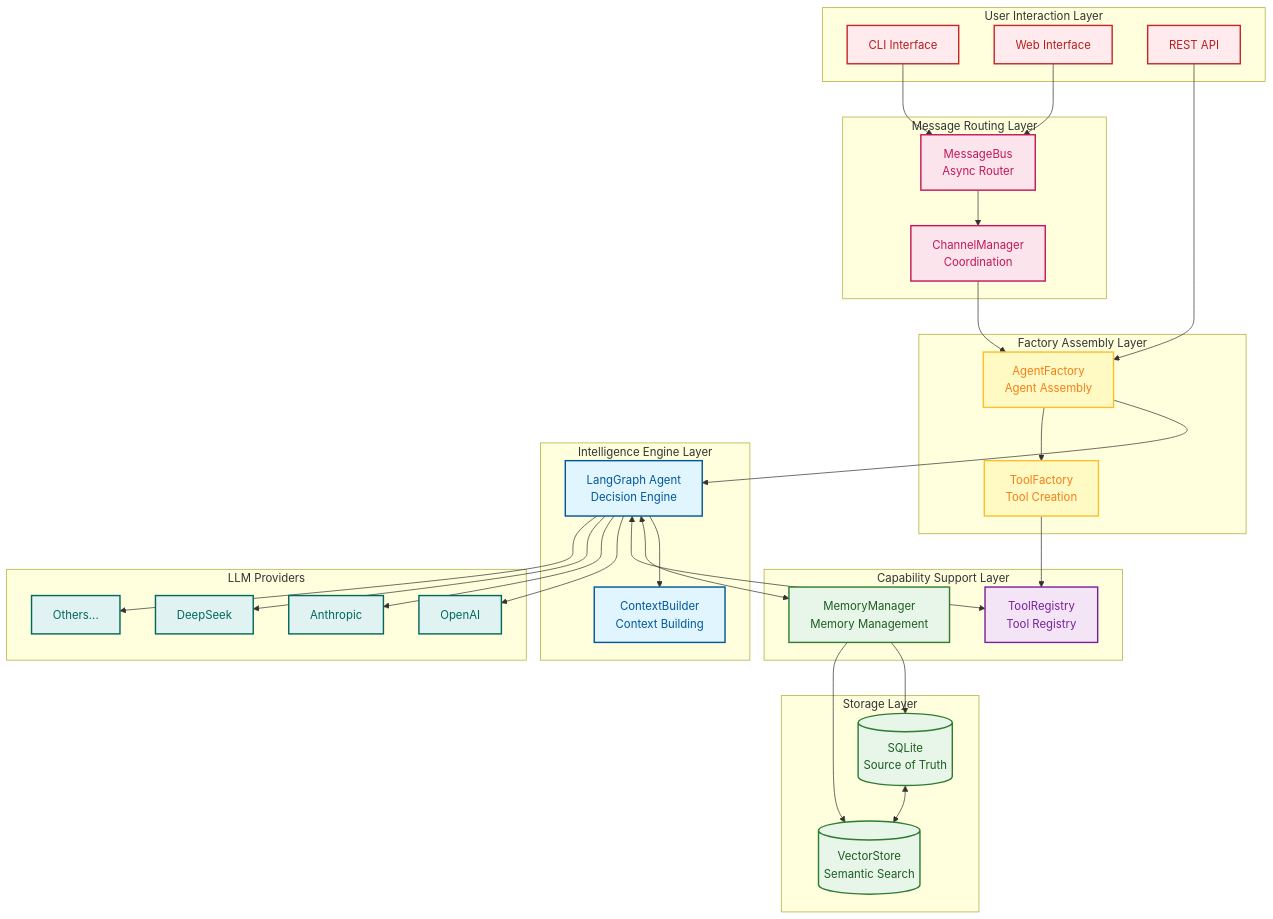
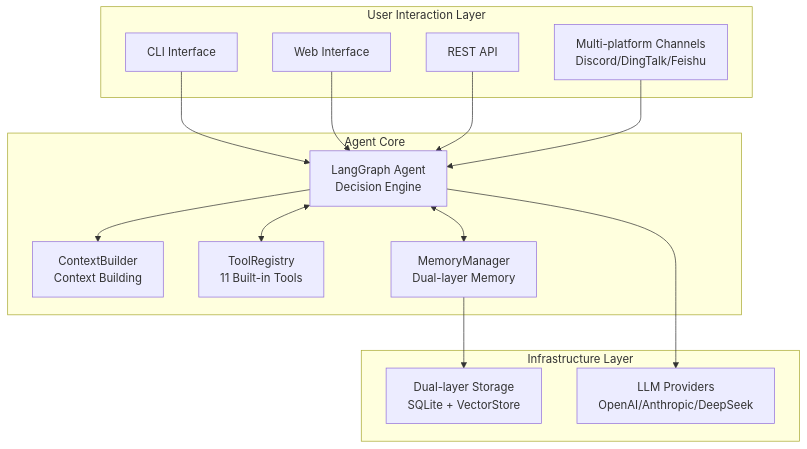
The second of 8 diagrams in README.md (xt765/FinchBot), drawn with Mermaid before and after one commit. The commit also changed 4 other files, not shown here.

First line of the commit message:
docs: 简化架构图为三层核心架构

````diff
--- a/README.md
+++ b/README.md
@@ -137,71 +137,33 @@
 ```mermaid
 graph TB
-    classDef userLayer fill:#ffebee,stroke:#c62828,stroke-width:2px,color:#b71c1c;
-    classDef channelLayer fill:#fce4ec,stroke:#c2185b,stroke-width:2px,color:#c2185b;
-    classDef factoryLayer fill:#fff9c4,stroke:#fbc02d,stroke-width:2px,color:#f57f17;
-    classDef coreLayer fill:#e1f5fe,stroke:#01579b,stroke-width:2px,color:#01579b;
-    classDef memoryLayer fill:#e8f5e9,stroke:#2e7d32,stroke-width:2px,color:#1b5e20;
-    classDef toolLayer fill:#f3e5f5,stroke:#7b1fa2,stroke-width:2px,color:#7b1fa2;
-    classDef infraLayer fill:#e0f2f1,stroke:#00695c,stroke-width:2px,color:#00695c;
-
-    subgraph Layer1 [User Interaction Layer]
-        CLI[CLI Interface]:::userLayer
-        WebUI[Web Interface]:::userLayer
-        API[REST API]:::userLayer
+    subgraph UI [User Interaction Layer]
+        CLI[CLI Interface]
+        Web[Web Interface]
+        API[REST API]
+        Channels[Multi-platform Channels<br/>Discord/DingTalk/Feishu]
     end
 
-    subgraph Layer2 [Message Routing Layer]
-        Bus[MessageBus<br/>Async Router]:::channelLayer
-        CM[ChannelManager<br/>Coordination]:::channelLayer
+    subgraph Core [Agent Core]
+        Agent[LangGraph Agent<br/>Decision Engine]
+        Context[ContextBuilder<br/>Context Building]
+        Tools[ToolRegistry<br/>11 Built-in Tools]
+        Memory[MemoryManager<br/>Dual-layer Memory]
     end
 
-    subgraph Layer3 [Factory Assembly Layer]
-        AF[AgentFactory<br/>Agent Assembly]:::factoryLayer
-        TF[ToolFactory<br/>Tool Creation]:::factoryLayer
+    subgraph Infra [Infrastructure Layer]
+        Storage[Dual-layer Storage<br/>SQLite + VectorStore]
+        LLM[LLM Providers<br/>OpenAI/Anthropic/DeepSeek]
     end
 
-    subgraph Layer4 [Intelligence Engine Layer]
-        Agent[LangGraph Agent<br/>Decision Engine]:::coreLayer
-        CB[ContextBuilder<br/>Context Building]:::coreLayer
-    end
+    CLI --> Agent
+    Web --> Agent
+    API --> Agent
+    Channels --> Agent
 
-    subgraph Layer5 [Capability Support Layer]
-        MM[MemoryManager<br/>Memory Management]:::memoryLayer
-        TR[ToolRegistry<br/>Tool Registry]:::toolLayer
-    end
+    Agent --> Context
+    Agent <--> Tools
+    Agent <--> Memory
 
-    subgraph Layer6 [Storage Layer]
-        SQLite[(SQLite<br/>Source of Truth)]:::memoryLayer
-        Vector[(VectorStore<br/>Semantic Search)]:::memoryLayer
-    end
-
-    subgraph Layer7 [LLM Providers]
-        OpenAI[OpenAI]:::infraLayer
-        Anthropic[Anthropic]:::infraLayer
-        DeepSeek[DeepSeek]:::infraLayer
-        Others[Others...]:::infraLayer
-    end
-
-    CLI --> Bus
-    WebUI --> Bus
-    API --> AF
-    
-    Bus --> CM
-    CM --> AF
-    
-    AF --> Agent
-    AF --> TF
-    TF --> TR
-    
-    Agent --> CB
-    Agent <--> MM
-    Agent <--> TR
-    Agent --> OpenAI
-    Agent --> Anthropic
-    Agent --> DeepSeek
-    Agent --> Others
-    
-    MM --> SQLite
-    MM --> Vector
-    SQLite <--> Vector
+    Memory --> Storage
+    Agent --> LLM
 ```
````
